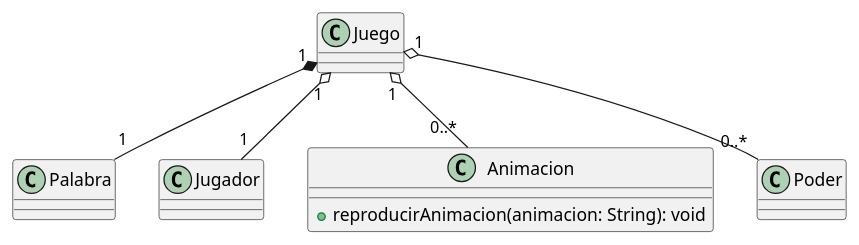
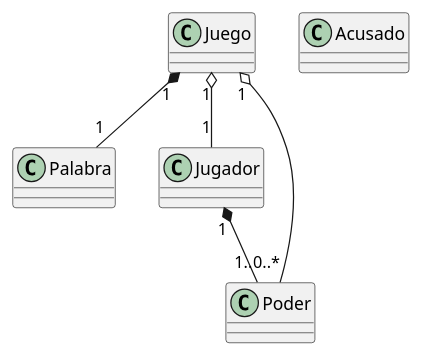
The diagram in docs/ahorcado.puml (JuanJassito/ahorcado_), drawn with PlantUML before and after one commit. The commit also changed 2 other files, not shown here.

```diff
--- a/docs/ahorcado.puml
+++ b/docs/ahorcado.puml
@@ -1,29 +1,29 @@
 @startuml ahorcado
 
 class Juego {
 
 }
 
 class Palabra {
 
 }
 
 class Jugador {
 
 }
 
-class Animacion {
-  
-  + reproducirAnimacion(animacion: String): void
+class Acusado{
+
 }
+
 
 class Poder {
 
 }
 
 Juego "1" *-- "1" Palabra
 Juego "1" o-- "1" Jugador
-Juego "1" o-- "0..*" Animacion
 Juego "1" o-- "0..*" Poder
+Jugador "1" *-- "1.." Poder
 
 @enduml
```
